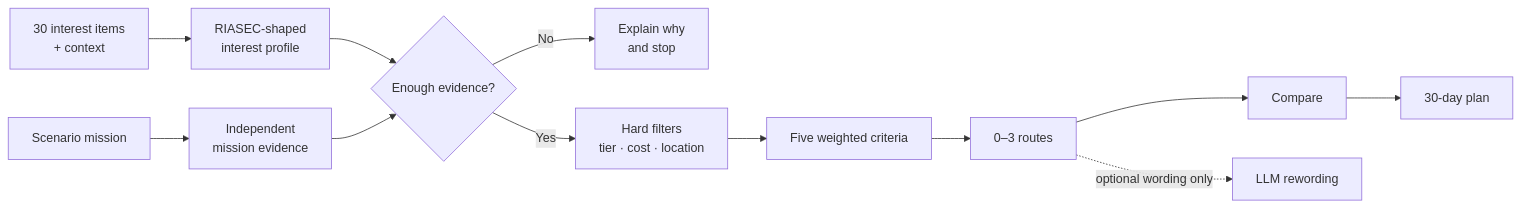
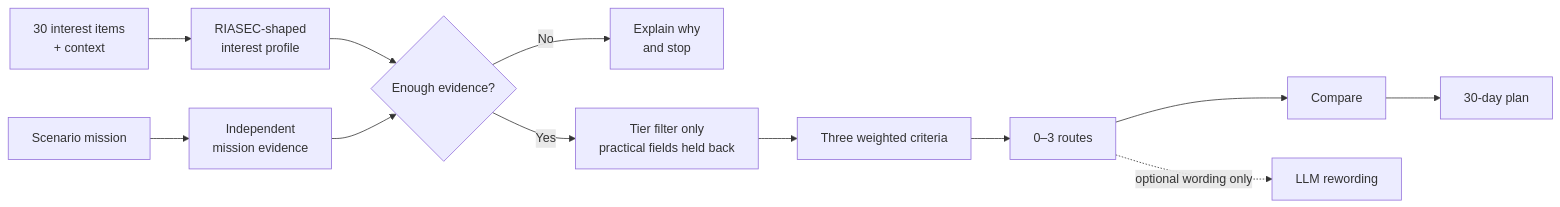
Before and after one commit to Pongkarm/Future_Me: the diagram in 03_WebApp/Pre_Present/READMEEN.md, drawn with Mermaid. The commit also changed other lines of this file and 21 other files, not shown here.

````diff
--- a/03_WebApp/Pre_Present/READMEEN.md
+++ b/03_WebApp/Pre_Present/READMEEN.md
@@ -183,14 +183,14 @@
 ```mermaid
 flowchart LR
     A["30 interest items<br/>+ context"] --> B["RIASEC-shaped<br/>interest profile"]
     C["Scenario mission"] --> D["Independent<br/>mission evidence"]
     B --> E{"Enough evidence?"}
     D --> E
     E -->|"No"| F["Explain why<br/>and stop"]
-    E -->|"Yes"| G["Hard filters<br/>tier · cost · location"]
-    G --> H["Five weighted criteria"]
+    E -->|"Yes"| G["Tier filter only<br/>practical fields held back"]
+    G --> H["Three weighted criteria"]
     H --> I["0–3 routes"]
     I --> J["Compare"]
     J --> K["30-day plan"]
     I -.->|"optional wording only"| L["LLM rewording"]
 ```
````
